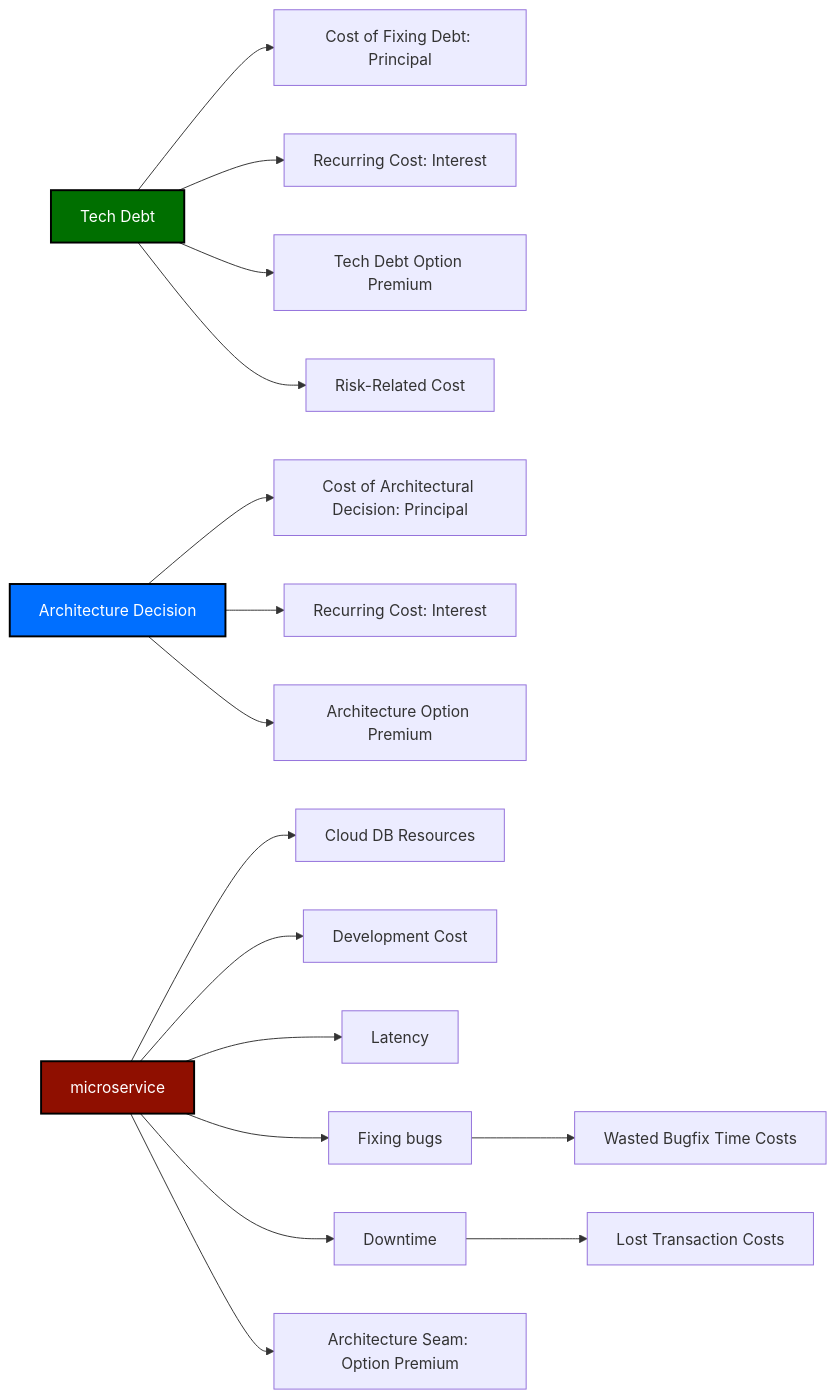
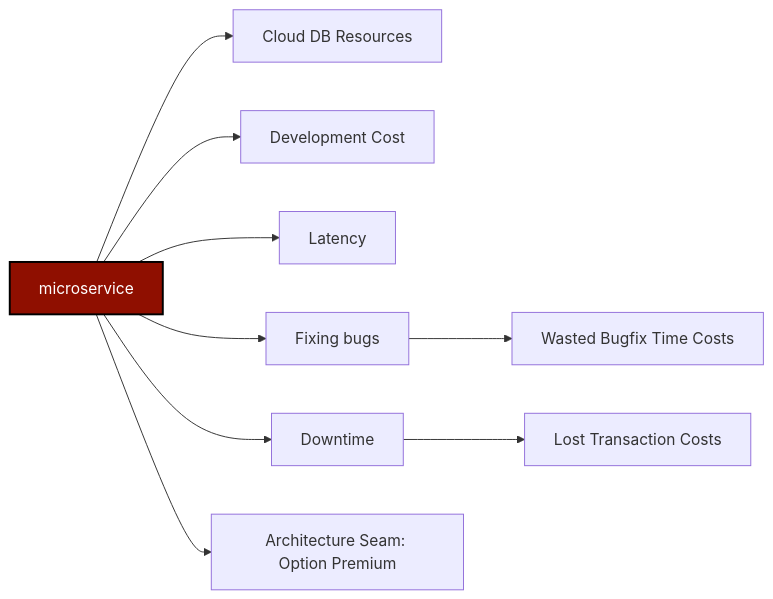
The second of 3 diagrams in _posts/2023-01-22-every-developer-is-an-economist.md (asengupta/avishek.net), drawn with Mermaid before and after one commit. The commit also changed other lines of this file, not shown here.

Commit message:
Adding proper cash flow diagrams

```diff
--- a/_posts/2023-01-22-every-developer-is-an-economist.md
+++ b/_posts/2023-01-22-every-developer-is-an-economist.md
@@ -145,20 +144,11 @@
 {% mermaid %}
 graph LR;
-debt[Tech Debt]-->principal[Cost of Fixing Debt: Principal];
-debt-->interest[Recurring Cost: Interest];
-debt-->td_option_premium[Tech Debt Option Premium];
-debt-->risk[Risk-Related Cost];
-architecture_decision[Architecture Decision]-->atd_principal[Cost of Architectural Decision: Principal];
-architecture_decision-->recurring_atd_interest[Recurring Cost: Interest];
-architecture_decision-->atd_option_premium[Architecture Option Premium];
 microservice-->database[Cloud DB Resources];
 microservice-->development_cost[Development Cost];
 microservice-->latency[Latency];
 microservice-->bugs[Fixing bugs]-->bugfix_time[Wasted Bugfix Time Costs];
 microservice-->downtime[Downtime]-->lost_transactions[Lost Transaction Costs];
 microservice-->microservice_option_premium[Architecture Seam: Option Premium];
 
-style debt fill:#006f00,stroke:#000,stroke-width:2px,color:#fff
-style architecture_decision fill:#006fff,stroke:#000,stroke-width:2px,color:#fff
 style microservice fill:#8f0f00,stroke:#000,stroke-width:2px,color:#fff
 {% endmermaid %}
```
